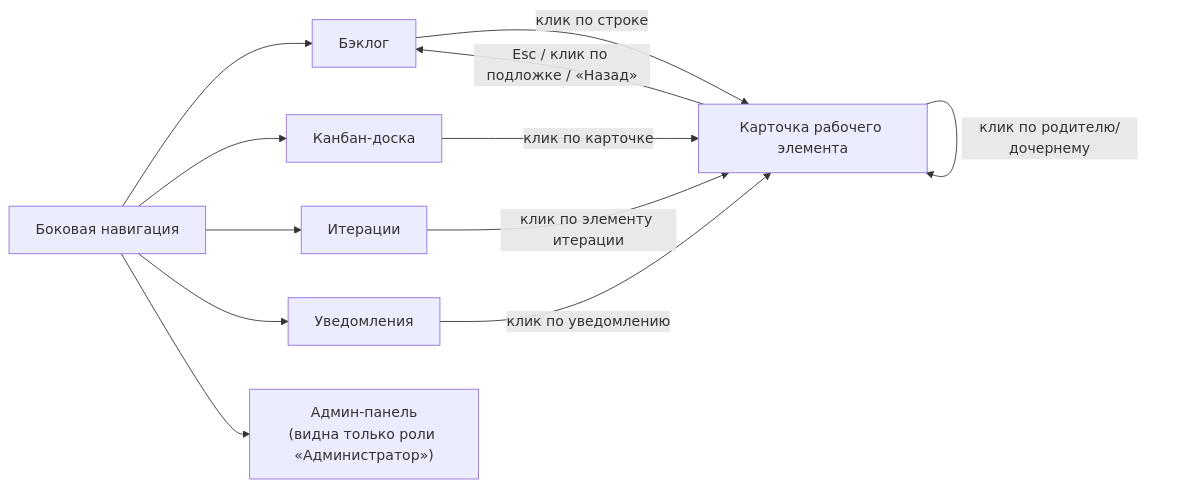
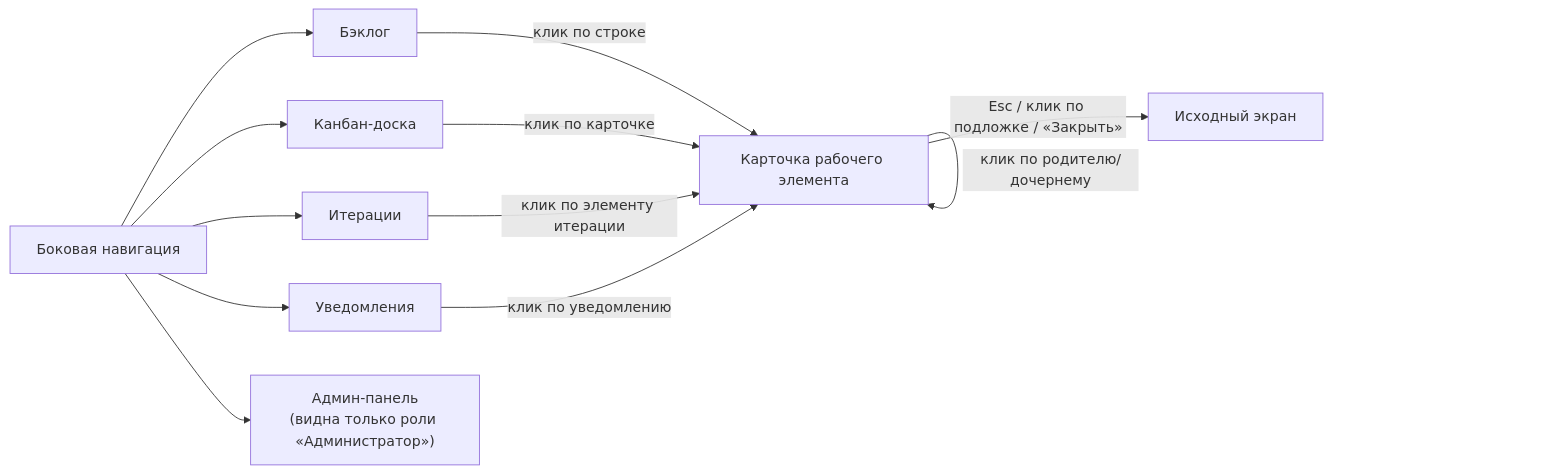
The diagram in task-tracker/docs/block-e-ui-ux-design/115.live-prototype.md (MEPhI-C22-501/arch-info-system-monorepo), drawn with Mermaid before and after one commit. The commit also changed other lines of this file and 35 other files, not shown here.

````diff
--- a/task-tracker/docs/block-e-ui-ux-design/115.live-prototype.md
+++ b/task-tracker/docs/block-e-ui-ux-design/115.live-prototype.md
@@ -17,15 +17,15 @@
 ```mermaid
 flowchart LR
     Sidebar["Боковая навигация"] --> Backlog[Бэклог]
     Sidebar --> Board[Канбан-доска]
     Sidebar --> Iteration[Итерации]
     Sidebar --> Notifications[Уведомления]
     Sidebar --> Admin["Админ-панель\n(видна только роли «Администратор»)"]
 
     Backlog -->|клик по строке| Card["Карточка рабочего элемента"]
     Board -->|клик по карточке| Card
     Iteration -->|клик по элементу итерации| Card
     Notifications -->|клик по уведомлению| Card
     Card -->|клик по родителю/дочернему| Card
-    Card -->|Esc / клик по подложке / «Назад»| Backlog
+    Card -->|Esc / клик по подложке / «Закрыть»| Previous[Исходный экран]
 ```
````
